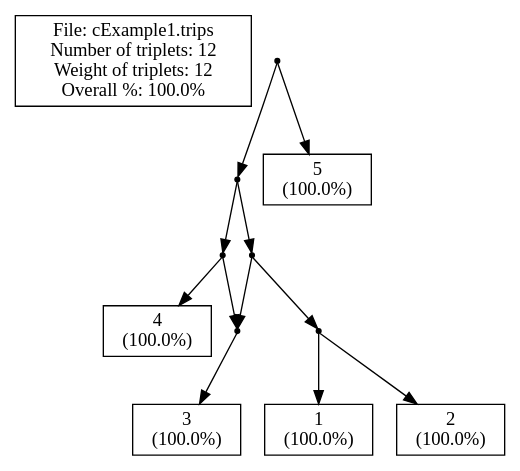
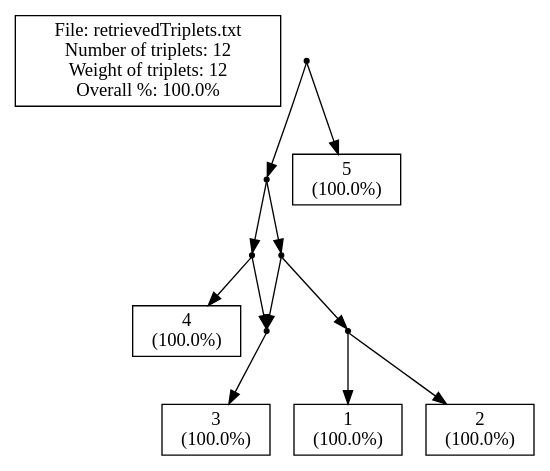
One commit to iharnoor/PhylogeneticsWebsite changed the diagram in ParsingTxt/cExample1.dot. Above: the diagram before and after it, drawn with Graphviz. The commit also changed 7 other files, not shown here.

```diff
--- a/ParsingTxt/cExample1.dot
+++ b/ParsingTxt/cExample1.dot
@@ -1,51 +1,51 @@
 // LEV1ATHAN Version 1.0, 21 september 2009
 // COMMENT: Pre-processing the input file to count the leaves
 // COMMENT: Pre-processing showed that there are 5 leaves in the input.
 // SUMMARY: Input had 5 leaves.
 // USER-SETTING: Will *not* post-process output to collapse edges.
 // COMMENT: Triplet set is already dense.
 // SUMMARY: There are 12 triplets in the input.
 // SUMMARY: Total weight of input triplets is 12.
 // COMMENT: We achieved non-trivial local perfection.
 // SUMMARY: (Before post-processing)
 // SUMMARY: We got 12 units of triplet weight, that's 100.0% of total weight.
 // SUMMARY: In total 0 units of triplet weight were -not- consistent with the ouput network.
 // SUMMARY: Output network contained 0 triplets -not- in the original input.
 // SUMMARY: The symmetric difference is thus 0 + (1 * 0) = 0
 // SUMMARY: (After post-processing)
 strict digraph G1 {
 edge [fontsize=8]
-labelbox [shape=box, width=0.4, label="File: cExample1.trips\nNumber of triplets: 12\nWeight of triplets: 12\nOverall %: 100.0%"];
+labelbox [shape=box, width=0.4, label="File: retrievedTriplets.txt\nNumber of triplets: 12\nWeight of triplets: 12\nOverall %: 100.0%"];
 1000 [shape=point];
 1001 [shape=point];
 1002 [shape=point];
 1003 [shape=point];
 3 [shape=box, width=0.3, label="3\n(100.0%)"];
 4 [shape=box, width=0.3, label="4\n(100.0%)"];
 1006 [shape=point];
 1007 [shape=point];
 1 [shape=box, width=0.3, label="1\n(100.0%)"];
 2 [shape=box, width=0.3, label="2\n(100.0%)"];
 5 [shape=box, width=0.3, label="5\n(100.0%)"];
 1000 -> 1001
 1000 -> 5
 1001 -> 1002
 1001 -> 1006
 1002 -> 1003
 1002 -> 4
 1003 -> 3
 1006 -> 1007
 1006 -> 1003
 1007 -> 1
 1007 -> 2
 1003 -> 3
 }
 // SUMMARY: eNewick output: ((((3)#H1,4),((1,2),#H1)),5);
 // SUMMARY: In total 0 units of triplet weight were -not- consistent with the ouput network.
 // SUMMARY: Output network contained 0 triplets -not- in the original input.
 // SUMMARY: Weight of missing triplets before contraction minus weight of missing triplets afterwards: 0
 // SUMMARY: Number of surplus triplets before contraction minus number of surplus triplets afterwards: 0
 // CONCLUSION: After post-processing we got 12 units of triplet weight, that's 100.0% of total weight (before post-processing this was 100.0%).
 // CONCLUSION: After post-processing the symmetric difference is thus 0 + (1 * 0) = 0 (before post-processing this was 0)
 // STAT: PERCENTAGE = 100.0
 // STAT: NETWORK-TRIPLET SD = 0
```
